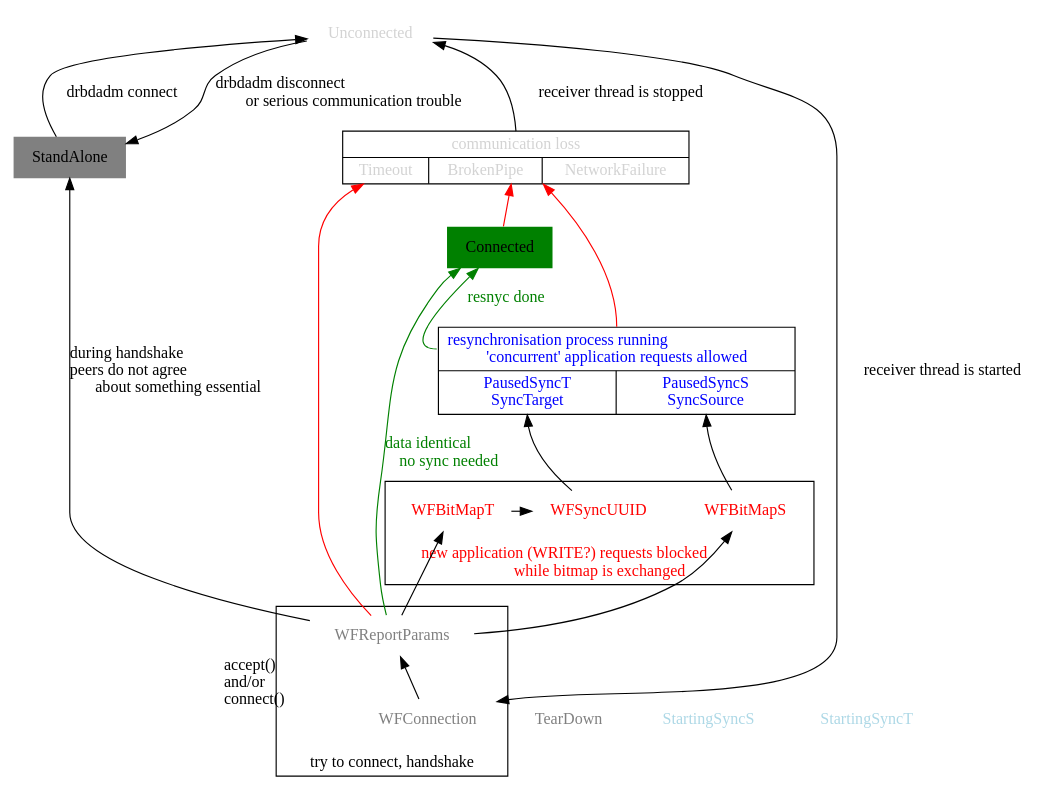
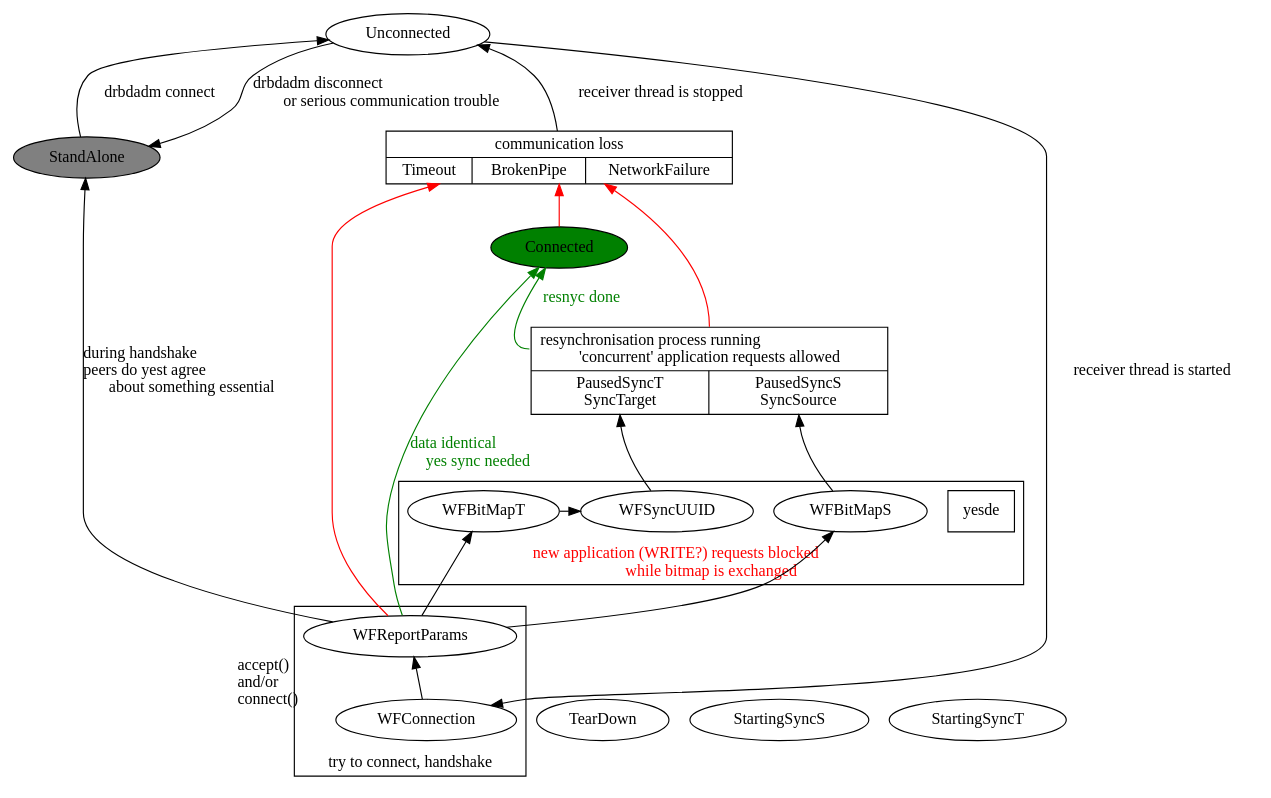
The diagram in Documentation/admin-guide/blockdev/drbd/drbd-connection-state-overview.dot (torvalds/linux), drawn with Graphviz before and after one commit. The commit also changed 46293 other files, not shown here.

```diff
--- a/Documentation/admin-guide/blockdev/drbd/drbd-connection-state-overview.dot
+++ b/Documentation/admin-guide/blockdev/drbd/drbd-connection-state-overview.dot
@@ -1,85 +1,85 @@
 // vim: set sw=2 sts=2 :
 digraph {
   rankdir=BT
   bgcolor=white
 
-  node [shape=plaintext]
-  node [fontcolor=black]
+  yesde [shape=plaintext]
+  yesde [fontcolor=black]
 
   StandAlone     [ style=filled,fillcolor=gray,label=StandAlone ]
 
-  node [fontcolor=lightgray]
+  yesde [fontcolor=lightgray]
 
   Unconnected    [ label=Unconnected ]
 
   CommTrouble [ shape=record,
     label="{communication loss|{Timeout|BrokenPipe|NetworkFailure}}" ]
 
-  node [fontcolor=gray]
+  yesde [fontcolor=gray]
 
   subgraph cluster_try_connect {
     label="try to connect, handshake"
     rank=max
     WFConnection   [ label=WFConnection ]
     WFReportParams [ label=WFReportParams ]
   }
 
   TearDown       [ label=TearDown ]
 
   Connected      [ label=Connected,style=filled,fillcolor=green,fontcolor=black ]
 
-  node [fontcolor=lightblue]
+  yesde [fontcolor=lightblue]
 
   StartingSyncS  [ label=StartingSyncS ]
   StartingSyncT  [ label=StartingSyncT ]
 
   subgraph cluster_bitmap_exchange {
-    node [fontcolor=red]
+    yesde [fontcolor=red]
     fontcolor=red
     label="new application (WRITE?) requests blocked\lwhile bitmap is exchanged"
 
     WFBitMapT      [ label=WFBitMapT ]
     WFSyncUUID     [ label=WFSyncUUID ]
     WFBitMapS      [ label=WFBitMapS ]
   }
 
-  node [fontcolor=blue]
+  yesde [fontcolor=blue]
 
   cluster_resync [ shape=record,label="{<any>resynchronisation process running\l'concurrent' application requests allowed|{{<T>PausedSyncT\nSyncTarget}|{<S>PausedSyncS\nSyncSource}}}" ]
 
-  node [shape=box,fontcolor=black]
+  yesde [shape=box,fontcolor=black]
 
   // drbdadm [label="drbdadm connect"]
   // handshake [label="drbd_connect()\ndrbd_do_handshake\ndrbd_sync_handshake() etc."]
   // comm_error [label="communication trouble"]
 
   //
   // edges
   // --------------------------------------
 
   StandAlone -> Unconnected [ label="drbdadm connect" ]
   Unconnected -> StandAlone  [ label="drbdadm disconnect\lor serious communication trouble" ]
   Unconnected -> WFConnection [ label="receiver thread is started" ]
   WFConnection -> WFReportParams [ headlabel="accept()\land/or                        \lconnect()\l" ]
 
-  WFReportParams -> StandAlone [ label="during handshake\lpeers do not agree\labout something essential" ]
-  WFReportParams -> Connected [ label="data identical\lno sync needed",color=green,fontcolor=green ]
+  WFReportParams -> StandAlone [ label="during handshake\lpeers do yest agree\labout something essential" ]
+  WFReportParams -> Connected [ label="data identical\lyes sync needed",color=green,fontcolor=green ]
 
     WFReportParams -> WFBitMapS
     WFReportParams -> WFBitMapT
     WFBitMapT -> WFSyncUUID [minlen=0.1,constraint=false]
 
       WFBitMapS -> cluster_resync:S
       WFSyncUUID -> cluster_resync:T
 
   edge [color=green]
   cluster_resync:any -> Connected [ label="resnyc done",fontcolor=green ]
 
   edge [color=red]
   WFReportParams -> CommTrouble
   Connected -> CommTrouble
   cluster_resync:any -> CommTrouble
   edge [color=black]
   CommTrouble -> Unconnected [label="receiver thread is stopped" ]
 
 }
```
